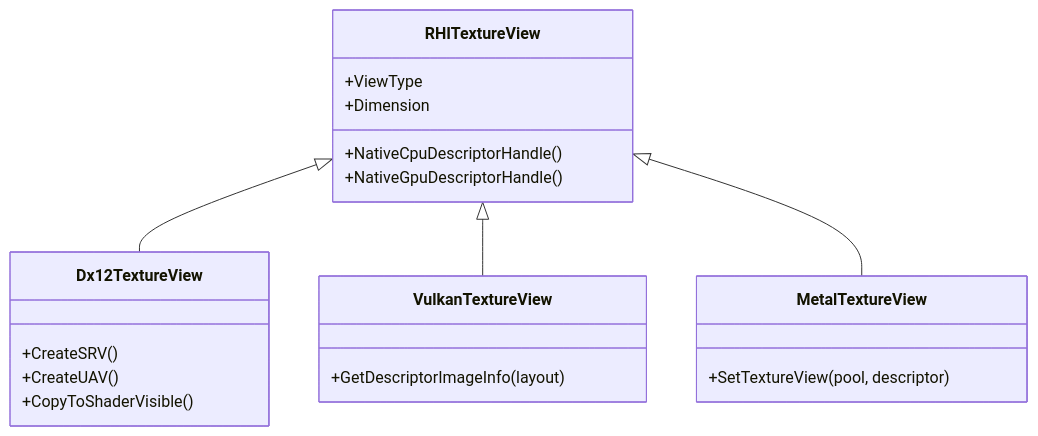
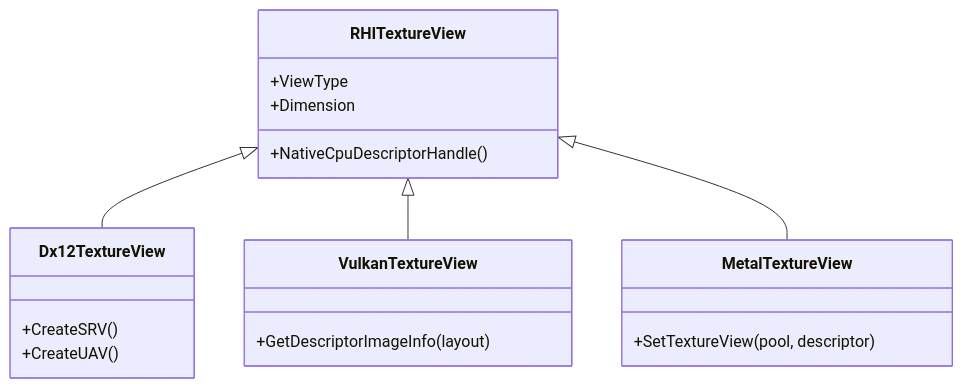
Before and after one commit to haolange/SharpGPU: the third of 5 diagrams in .qoder/repowiki/zh/content/项目概览/核心特性说明/资源管理/视图管理.md, drawn with Mermaid. The commit also changed other lines of this file and 24 other files, not shown here.

````diff
--- a/.qoder/repowiki/zh/content/项目概览/核心特性说明/资源管理/视图管理.md
+++ b/.qoder/repowiki/zh/content/项目概览/核心特性说明/资源管理/视图管理.md
@@ -147,23 +147,21 @@
 ```mermaid
 classDiagram
 class RHITextureView {
 +ViewType
 +Dimension
 +NativeCpuDescriptorHandle()
-+NativeGpuDescriptorHandle()
 }
 class Dx12TextureView {
 +CreateSRV()
 +CreateUAV()
-+CopyToShaderVisible()
 }
 class VulkanTextureView {
 +GetDescriptorImageInfo(layout)
 }
 class MetalTextureView {
 +SetTextureView(pool, descriptor)
 }
 RHITextureView <|-- Dx12TextureView
 RHITextureView <|-- VulkanTextureView
 RHITextureView <|-- MetalTextureView
 ```
````
